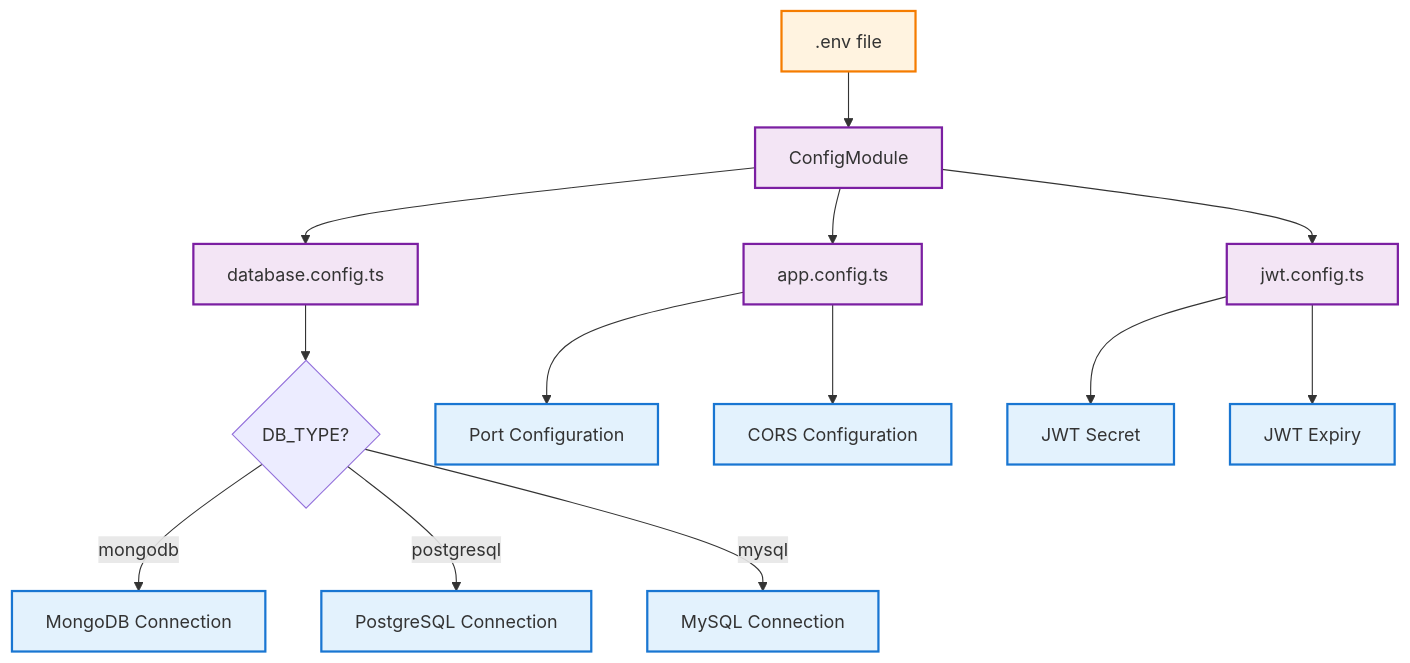
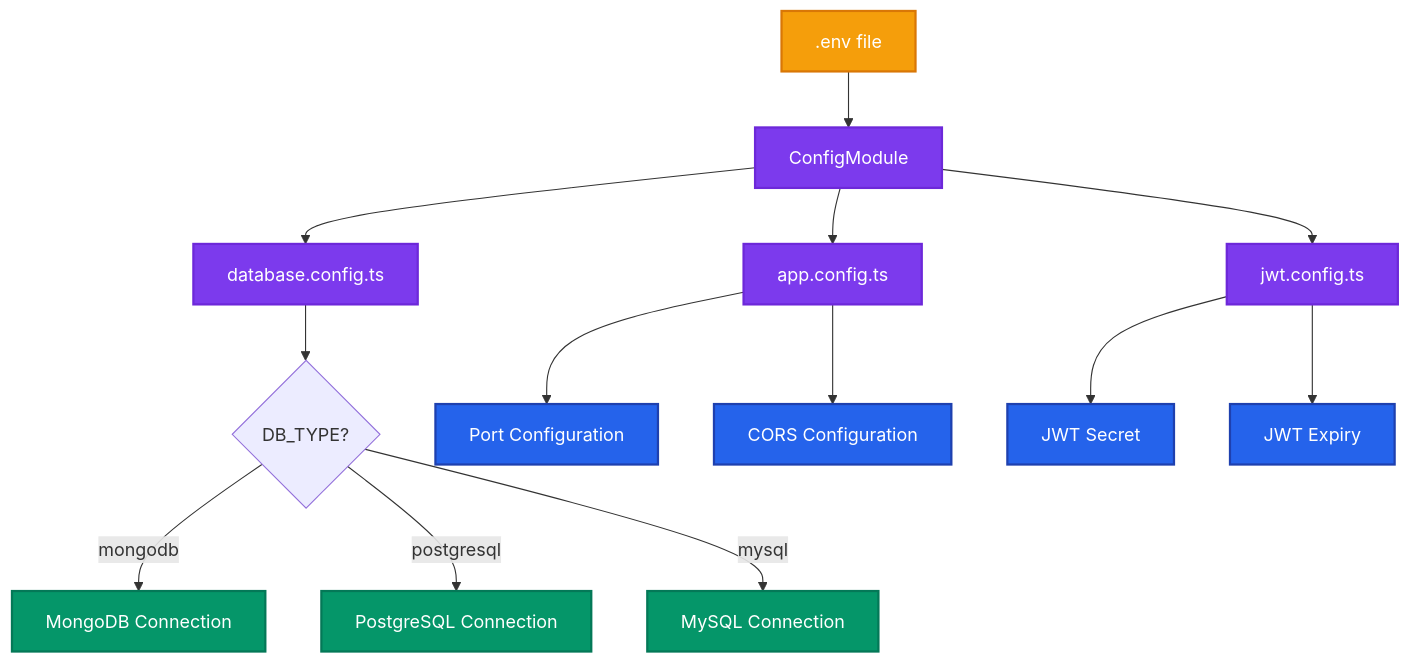
The eighth of 8 diagrams in README.md (ksaofjeflj/NestJS-Monorepo-Template), drawn with Mermaid before and after one commit. The commit also changed other lines of this file, not shown here.

Commit message:
chore:(readme updated with clear architecture diagrams breaking down each)

````diff
--- a/README.md
+++ b/README.md
@@ -359,27 +359,29 @@
 ```mermaid
 flowchart TD
     ENV[.env file] --> ConfigModule[ConfigModule]
     
     ConfigModule --> DBConfig[database.config.ts]
     ConfigModule --> AppConfig[app.config.ts]
     ConfigModule --> JWTConfig[jwt.config.ts]
     
     DBConfig --> DBType{DB_TYPE?}
     DBType -->|mongodb| MongoDB[MongoDB Connection]
     DBType -->|postgresql| PostgreSQL[PostgreSQL Connection]
     DBType -->|mysql| MySQL[MySQL Connection]
     
     AppConfig --> PortConfig[Port Configuration]
     AppConfig --> CORSConfig[CORS Configuration]
     
     JWTConfig --> JWTSecret[JWT Secret]
     JWTConfig --> JWTExpiry[JWT Expiry]
     
-    classDef env fill:#fff3e0,stroke:#f57c00,stroke-width:2px
-    classDef config fill:#f3e5f5,stroke:#7b1fa2,stroke-width:2px
-    classDef db fill:#e3f2fd,stroke:#1976d2,stroke-width:2px
+    classDef env fill:#f59e0b,color:#fff,stroke:#d97706,stroke-width:2px
+    classDef config fill:#7c3aed,color:#fff,stroke:#6d28d9,stroke-width:2px
+    classDef db fill:#2563eb,color:#fff,stroke:#1e40af,stroke-width:2px
+    classDef connection fill:#059669,color:#fff,stroke:#047857,stroke-width:2px
     
     class ENV env
     class ConfigModule,DBConfig,AppConfig,JWTConfig config
-    class MongoDB,PostgreSQL,MySQL,PortConfig,CORSConfig,JWTSecret,JWTExpiry db
+    class PortConfig,CORSConfig,JWTSecret,JWTExpiry db
+    class MongoDB,PostgreSQL,MySQL connection
 ```
````
